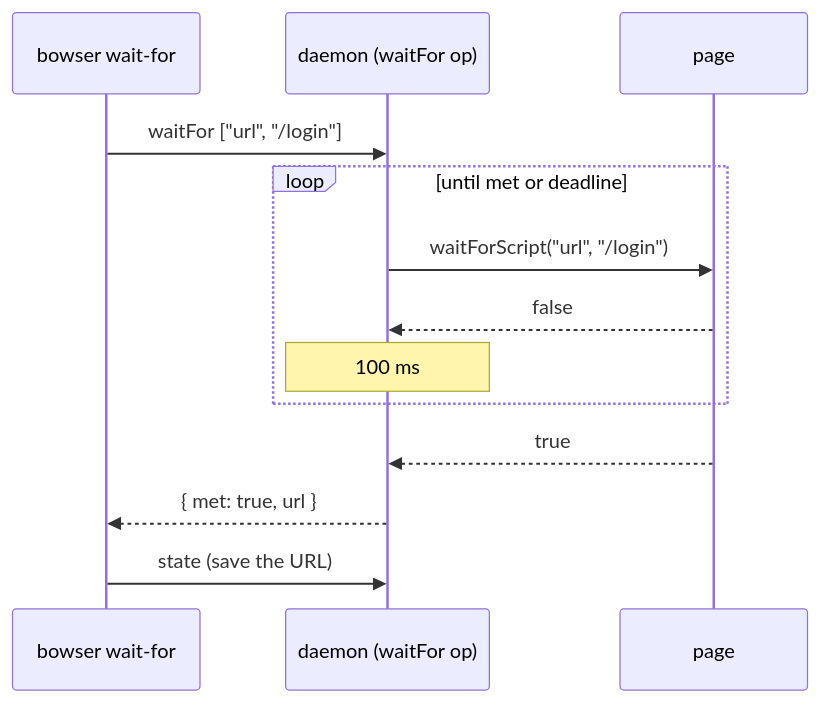
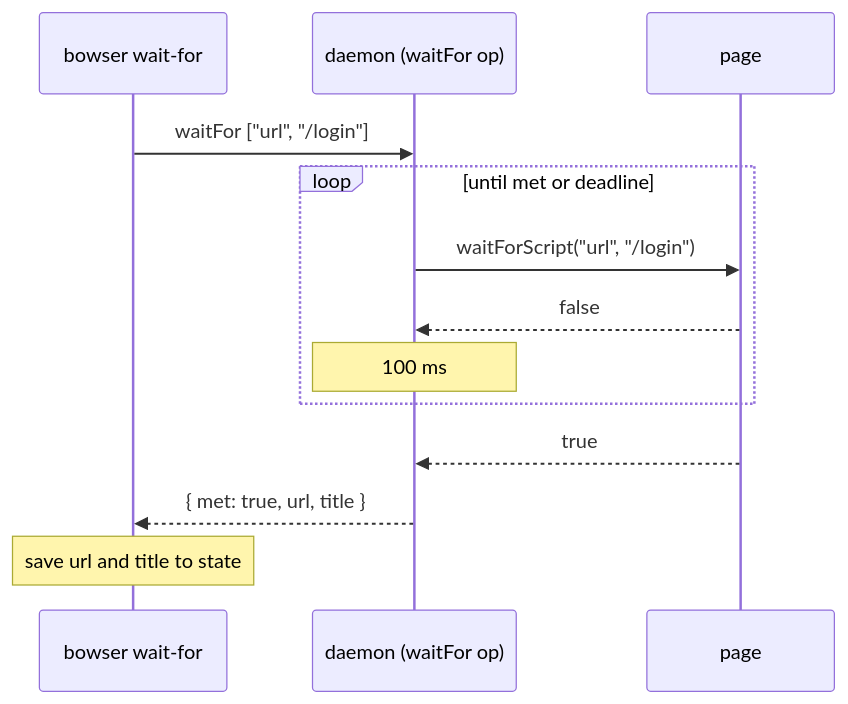
One commit to drakulavich/bowser changed the diagram in docs/superpowers/specs/2026-10-27-wait-for-design.md. Above: the diagram before and after it, drawn with Mermaid. The commit also changed other lines of this file and 10 other files, not shown here.

````diff
--- a/docs/superpowers/specs/2026-10-27-wait-for-design.md
+++ b/docs/superpowers/specs/2026-10-27-wait-for-design.md
@@ -67,15 +70,15 @@
 ```mermaid
 sequenceDiagram
   participant CLI as bowser wait-for
   participant D as daemon (waitFor op)
   participant P as page
   CLI->>D: waitFor ["url", "/login"]
   loop until met or deadline
     D->>P: waitForScript("url", "/login")
     P-->>D: false
     Note over D: 100 ms
   end
   P-->>D: true
-  D-->>CLI: { met: true, url }
-  CLI->>D: state (save the URL)
+  D-->>CLI: { met: true, url, title }
+  Note over CLI: save url and title to state
 ```
````
